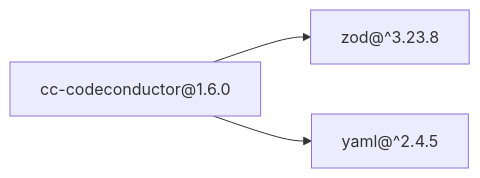
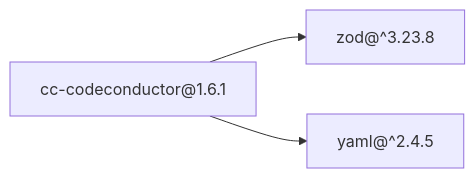
The diagram in README.md (lgzarturo/codeconductor), drawn with Mermaid before and after one commit. The commit also changed other lines of this file and 5 other files, not shown here.

````diff
--- a/README.md
+++ b/README.md
@@ -333,8 +333,8 @@
 ```mermaid
 graph LR
-  cc["cc-codeconductor@1.6.0"]
+  cc["cc-codeconductor@1.6.1"]
   zod["zod@^3.23.8"]
   yaml["yaml@^2.4.5"]
   cc --> zod
   cc --> yaml
 ```
````
